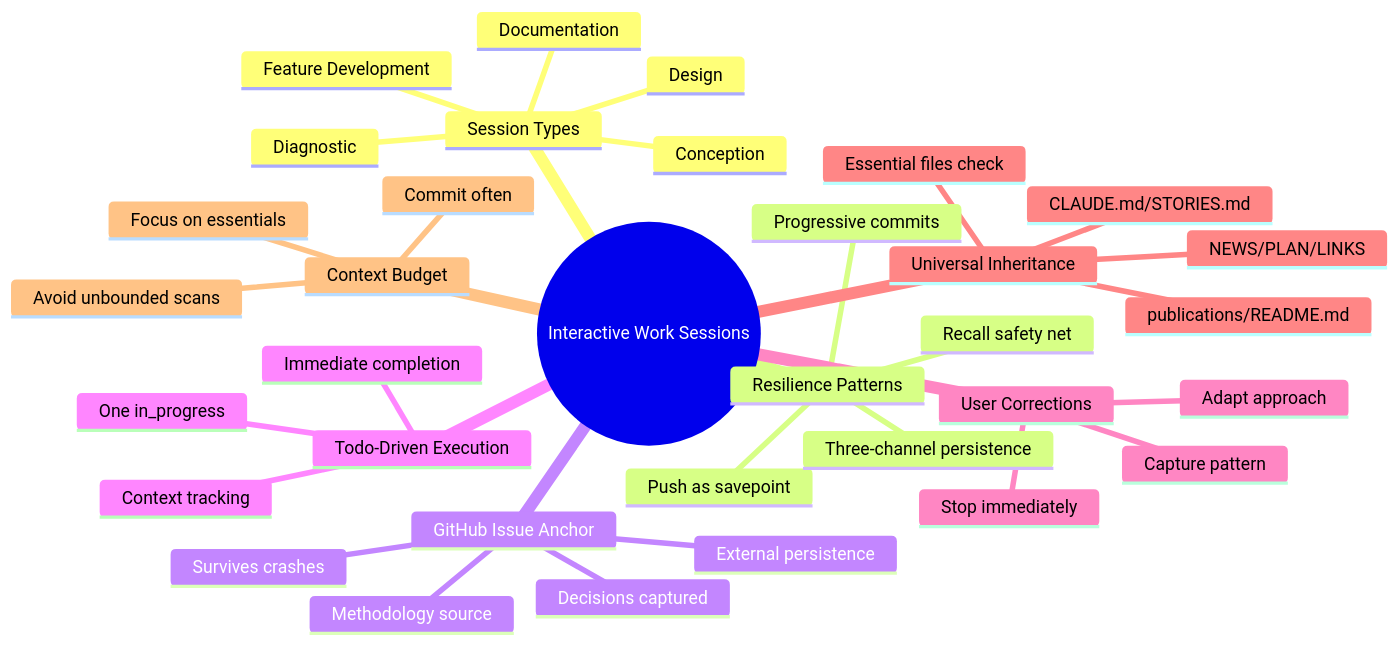
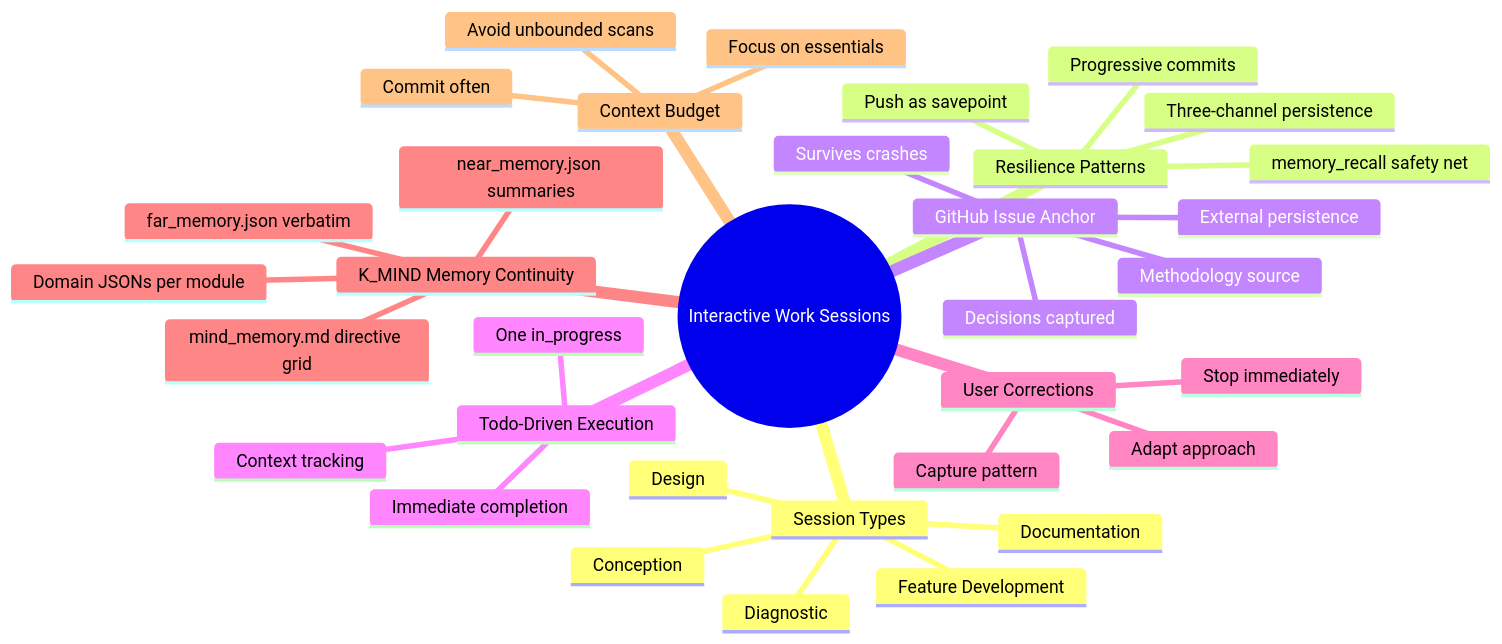
The diagram in docs/publications/interactive-work-sessions/index.md (packetqc/K_DOCS), drawn with Mermaid before and after one commit. The commit also changed 3 other files, not shown here.

First line of the commit message:
docs: update interactive-work-sessions mermaid to K2.0 architecture

````diff
--- a/docs/publications/interactive-work-sessions/index.md
+++ b/docs/publications/interactive-work-sessions/index.md
@@ -36,37 +36,37 @@
 ```mermaid
 mindmap
   root((Interactive Work Sessions))
     Session Types
       Diagnostic
       Documentation
       Design
       Feature Development
       Conception
     Resilience Patterns
       Progressive commits
       Push as savepoint
       Three-channel persistence
-      Recall safety net
+      memory_recall safety net
     GitHub Issue Anchor
       External persistence
       Decisions captured
       Methodology source
       Survives crashes
     Todo-Driven Execution
       One in_progress
       Immediate completion
       Context tracking
     User Corrections
       Stop immediately
       Adapt approach
       Capture pattern
-    Universal Inheritance
-      Essential files check
-      NEWS/PLAN/LINKS
-      CLAUDE.md/STORIES.md
-      publications/README.md
+    K_MIND Memory Continuity
+      mind_memory.md directive grid
+      near_memory.json summaries
+      far_memory.json verbatim
+      Domain JSONs per module
     Context Budget
       Focus on essentials
       Avoid unbounded scans
       Commit often
 ```
````
